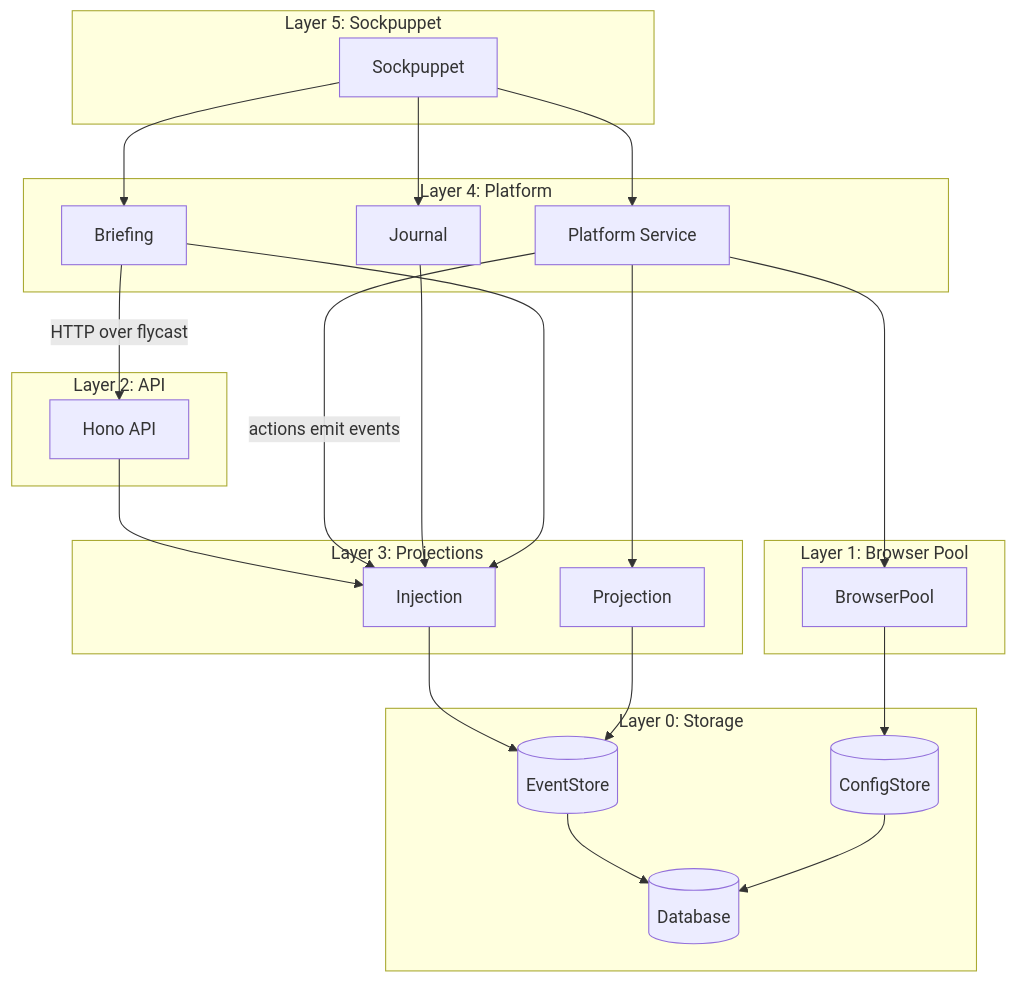
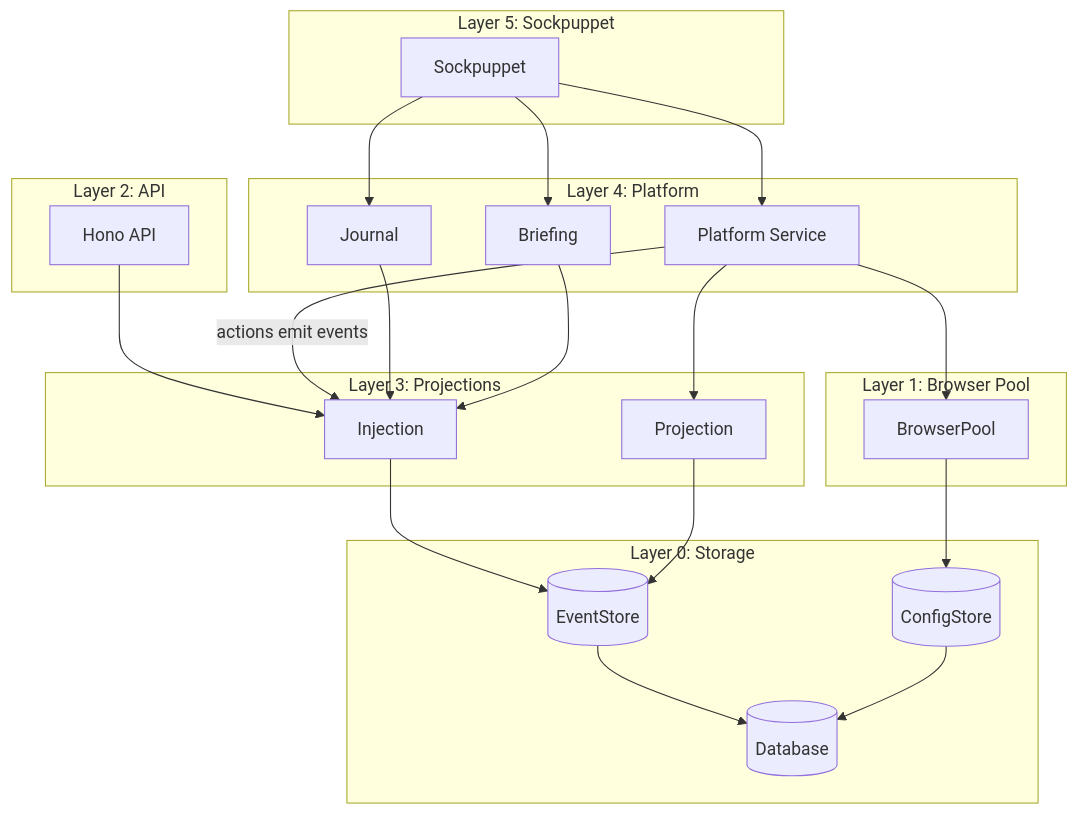
The fourth of 7 diagrams in ARCHITECTURE.md (ToxicPine/bernays), drawn with Mermaid before and after one commit. The commit also changed other lines of this file and 21 other files, not shown here.

````diff
--- a/ARCHITECTURE.md
+++ b/ARCHITECTURE.md
@@ -802,47 +803,46 @@
 ```mermaid
 graph TB
     subgraph "Layer 0: Storage"
         DB[(Database)]
         ES[(EventStore)]
         CS[(ConfigStore)]
     end
 
     subgraph "Layer 1: Browser Pool"
         BP[BrowserPool]
     end
 
     subgraph "Layer 2: API"
         API[Hono API]
     end
 
     subgraph "Layer 3: Projections"
         PR[Projection]
         INJ[Injection]
     end
 
     subgraph "Layer 4: Platform"
         PL[Platform Service]
         JN[Journal]
         BR[Briefing]
     end
 
     subgraph "Layer 5: Sockpuppet"
         SP[Sockpuppet]
     end
 
     ES --> DB
     CS --> DB
     BP --> CS
     API --> INJ
     PL -->|"actions emit events"| INJ
     INJ --> ES
     PR --> ES
     PL --> PR
     PL --> BP
     JN --> INJ
     BR --> INJ
-    BR -->|"HTTP over flycast"| API
     SP --> PL
     SP --> JN
     SP --> BR
 ```
````
